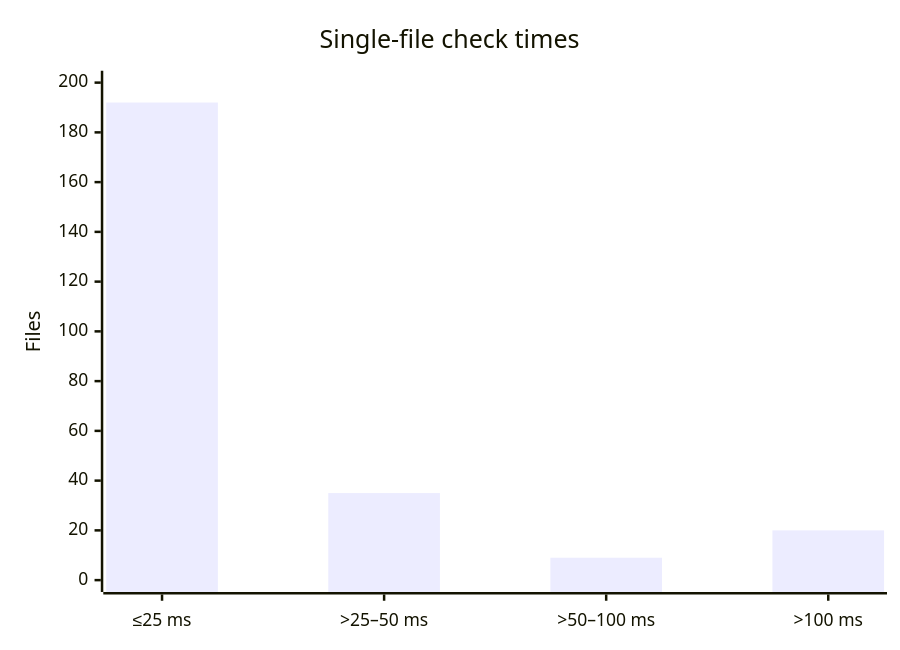
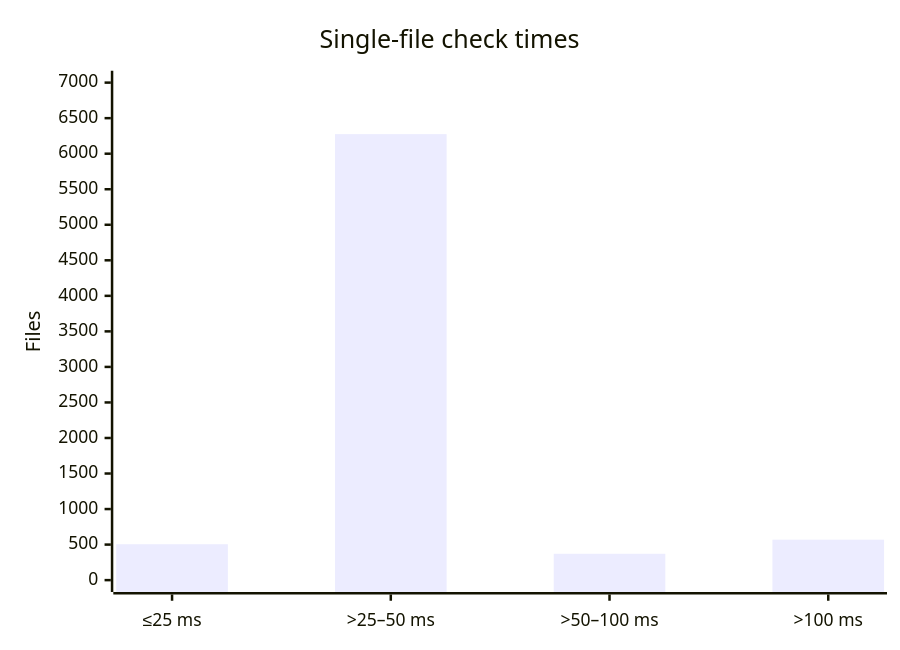
The diagram in README.md (PrimeX-06/tift), drawn with Mermaid before and after one commit. The commit also changed other lines of this file and 1 other file, not shown here.

````diff
--- a/README.md
+++ b/README.md
@@ -68,7 +68,7 @@
 ```mermaid
 xychart-beta
     title "Single-file check times"
     x-axis ["≤25 ms", ">25–50 ms", ">50–100 ms", ">100 ms"]
-    y-axis "Files" 0 --> 200
-    bar [192, 35, 9, 20]
+    y-axis "Files" 0 --> 7000
+    bar [505, 6275, 371, 569]
 ```
````
